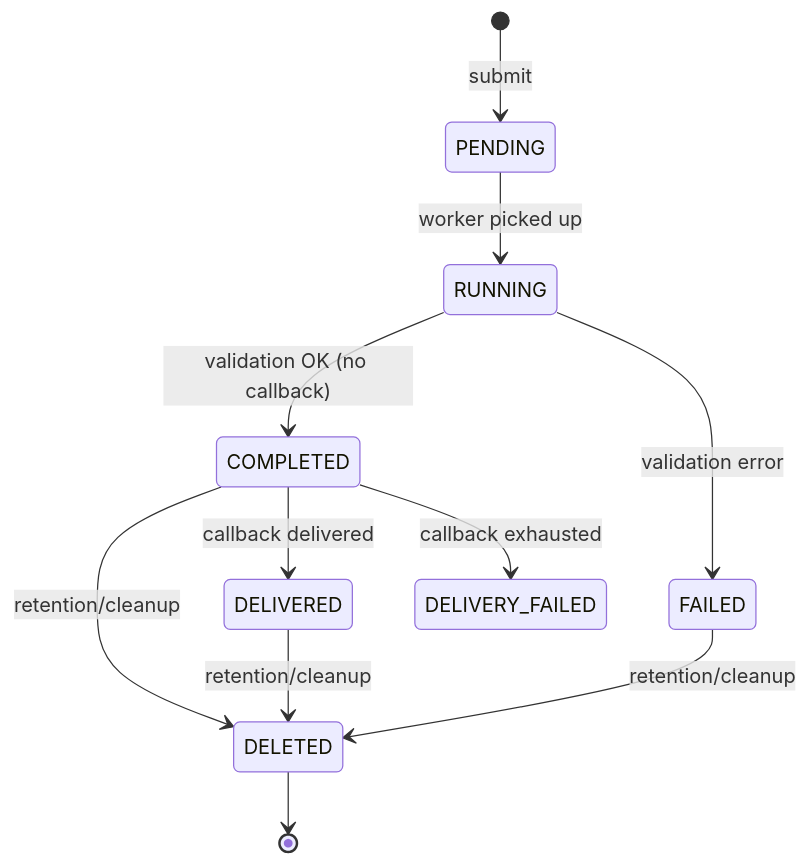
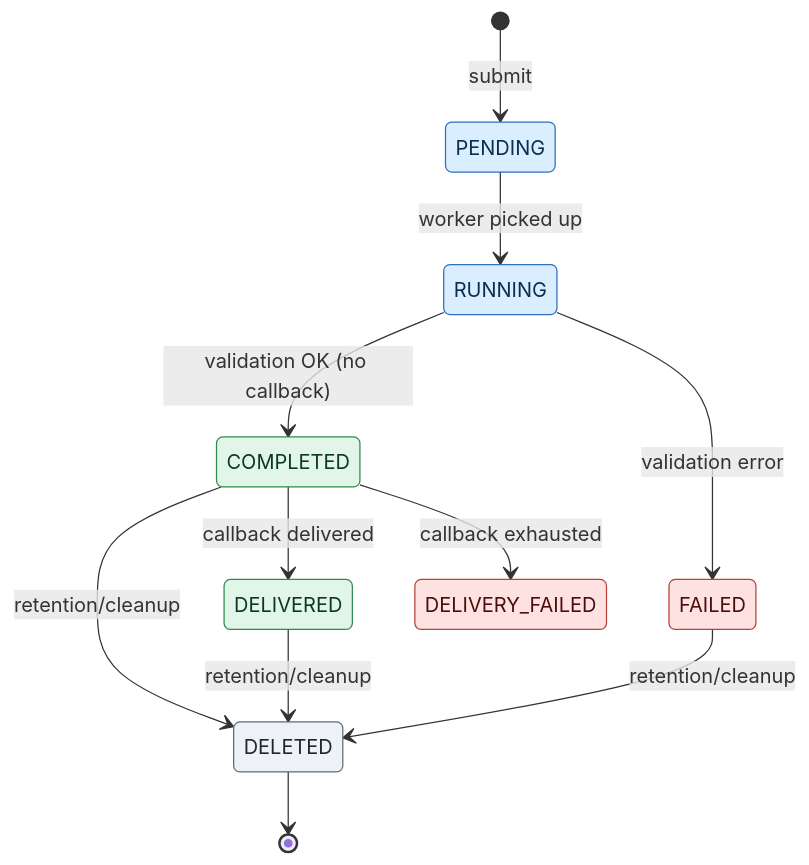
Before and after one commit to toresoft/sign-verify: the third of 4 diagrams in docs/en/05-signature-verification.md, drawn with Mermaid. The commit also changed other lines of this file and 23 other files, not shown here.

First line of the commit message:
docs: expand EN/IT guides with glossary and component-map diagram

````diff
--- a/docs/en/05-signature-verification.md
+++ b/docs/en/05-signature-verification.md
@@ -477,13 +495,22 @@
 ```mermaid
 stateDiagram-v2
     [*] --> PENDING: submit
     PENDING --> RUNNING: worker picked up
     RUNNING --> COMPLETED: validation OK (no callback)
     RUNNING --> FAILED: validation error
     COMPLETED --> DELIVERED: callback delivered
     COMPLETED --> DELIVERY_FAILED: callback exhausted
     COMPLETED --> DELETED: retention/cleanup
     DELIVERED --> DELETED: retention/cleanup
     FAILED --> DELETED: retention/cleanup
     DELETED --> [*]
+
+    classDef inProgress fill:#dbeeff,stroke:#2f6fbb,color:#0b2e4f
+    classDef success fill:#e1f5e9,stroke:#2f8a4e,color:#0d3a1d
+    classDef failure fill:#fde2e1,stroke:#b8413a,color:#4a0f0c
+    classDef terminal fill:#eef1f5,stroke:#5b6b7c,color:#1f2733
+    class PENDING,RUNNING inProgress
+    class COMPLETED,DELIVERED success
+    class FAILED,DELIVERY_FAILED failure
+    class DELETED terminal
 ```
````
